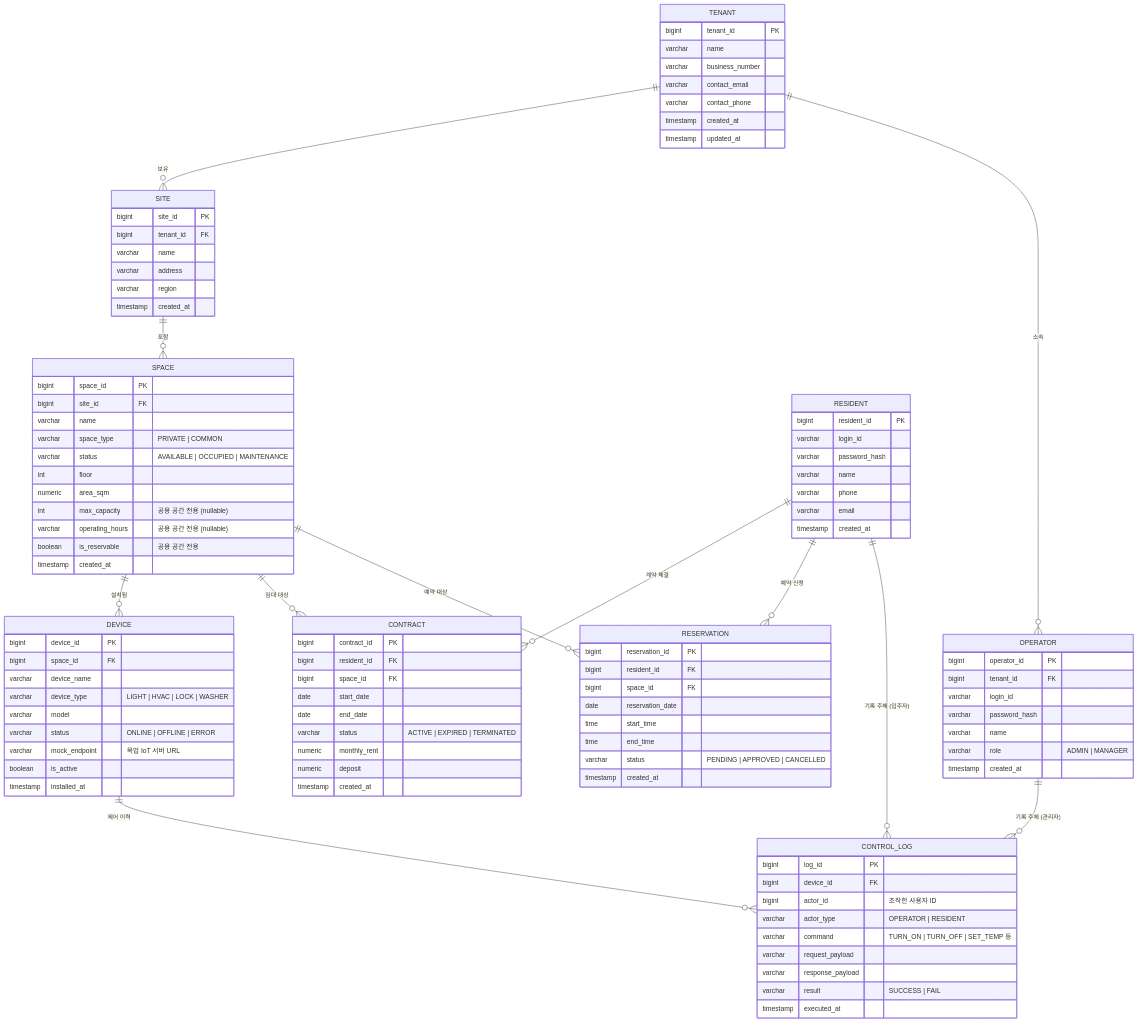
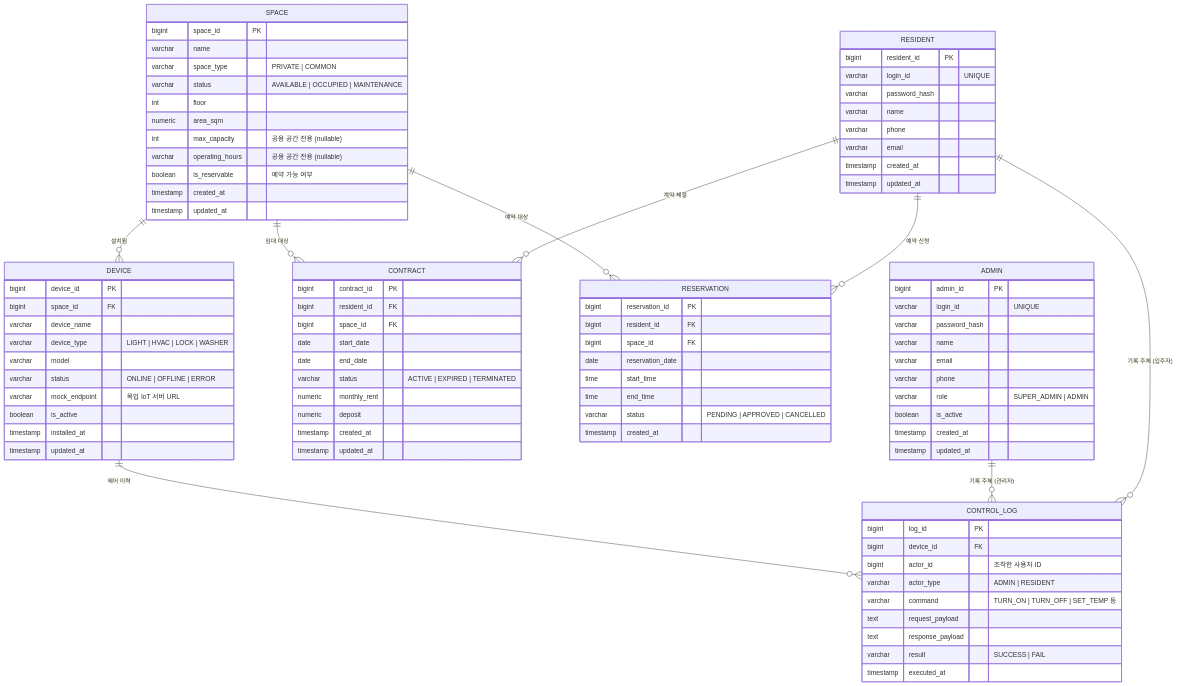
One commit to byoungsu5/ibm_cokkiri changed the first of 2 diagrams in docs/erd_table_definition.md. Above: the diagram before and after it, drawn with Mermaid. The commit also changed other lines of this file and 2 other files, not shown here.

````diff
--- a/docs/erd_table_definition.md
+++ b/docs/erd_table_definition.md
@@ -10,39 +11,40 @@
 ```mermaid
 erDiagram
-    TENANT ||--o{ SITE : "보유"
-    TENANT ||--o{ OPERATOR : "소속"
-    SITE ||--o{ SPACE : "포함"
     SPACE ||--o{ DEVICE : "설치됨"
     SPACE ||--o{ CONTRACT : "임대 대상"
     SPACE ||--o{ RESERVATION : "예약 대상"
     RESIDENT ||--o{ CONTRACT : "계약 체결"
     RESIDENT ||--o{ RESERVATION : "예약 신청"
     DEVICE ||--o{ CONTROL_LOG : "제어 이력"
-    OPERATOR ||--o{ CONTROL_LOG : "기록 주체 (관리자)"
+    ADMIN ||--o{ CONTROL_LOG : "기록 주체 (관리자)"
     RESIDENT ||--o{ CONTROL_LOG : "기록 주체 (입주자)"
 
-    TENANT {
-        bigint tenant_id PK
+    ADMIN {
+        bigint admin_id PK
+        varchar login_id "UNIQUE"
+        varchar password_hash
         varchar name
-        varchar business_number
-        varchar contact_email
-        varchar contact_phone
+        varchar email
+        varchar phone
+        varchar role "SUPER_ADMIN | ADMIN"
+        boolean is_active
         timestamp created_at
         timestamp updated_at
     }
 
-    SITE {
-        bigint site_id PK
-        bigint tenant_id FK
+    RESIDENT {
+        bigint resident_id PK
+        varchar login_id "UNIQUE"
+        varchar password_hash
         varchar name
-        varchar address
-        varchar region
+        varchar phone
+        varchar email
         timestamp created_at
+        timestamp updated_at
     }
 
     SPACE {
         bigint space_id PK
-        bigint site_id FK
         varchar name
         varchar space_type "PRIVATE | COMMON"
         varchar status "AVAILABLE | OCCUPIED | MAINTENANCE"
@@ -50,28 +52,9 @@
         numeric area_sqm
         int max_capacity "공용 공간 전용 (nullable)"
         varchar operating_hours "공용 공간 전용 (nullable)"
-        boolean is_reservable "공용 공간 전용"
+        boolean is_reservable "예약 가능 여부"
         timestamp created_at
-    }
-
-    OPERATOR {
-        bigint operator_id PK
-        bigint tenant_id FK
-        varchar login_id
-        varchar password_hash
-        varchar name
-        varchar role "ADMIN | MANAGER"
-        timestamp created_at
-    }
-
-    RESIDENT {
-        bigint resident_id PK
-        varchar login_id
-        varchar password_hash
-        varchar name
-        varchar phone
-        varchar email
-        timestamp created_at
+        timestamp updated_at
     }
 
     CONTRACT {
@@ -84,6 +67,7 @@
         numeric monthly_rent
         numeric deposit
         timestamp created_at
+        timestamp updated_at
     }
 
     DEVICE {
@@ -96,6 +80,7 @@
         varchar mock_endpoint "목업 IoT 서버 URL"
         boolean is_active
         timestamp installed_at
+        timestamp updated_at
     }
 
     RESERVATION {
@@ -113,10 +98,10 @@
         bigint log_id PK
         bigint device_id FK
         bigint actor_id "조작한 사용자 ID"
-        varchar actor_type "OPERATOR | RESIDENT"
+        varchar actor_type "ADMIN | RESIDENT"
         varchar command "TURN_ON | TURN_OFF | SET_TEMP 등"
-        varchar request_payload
-        varchar response_payload
+        text request_payload
+        text response_payload
         varchar result "SUCCESS | FAIL"
         timestamp executed_at
     }
````
